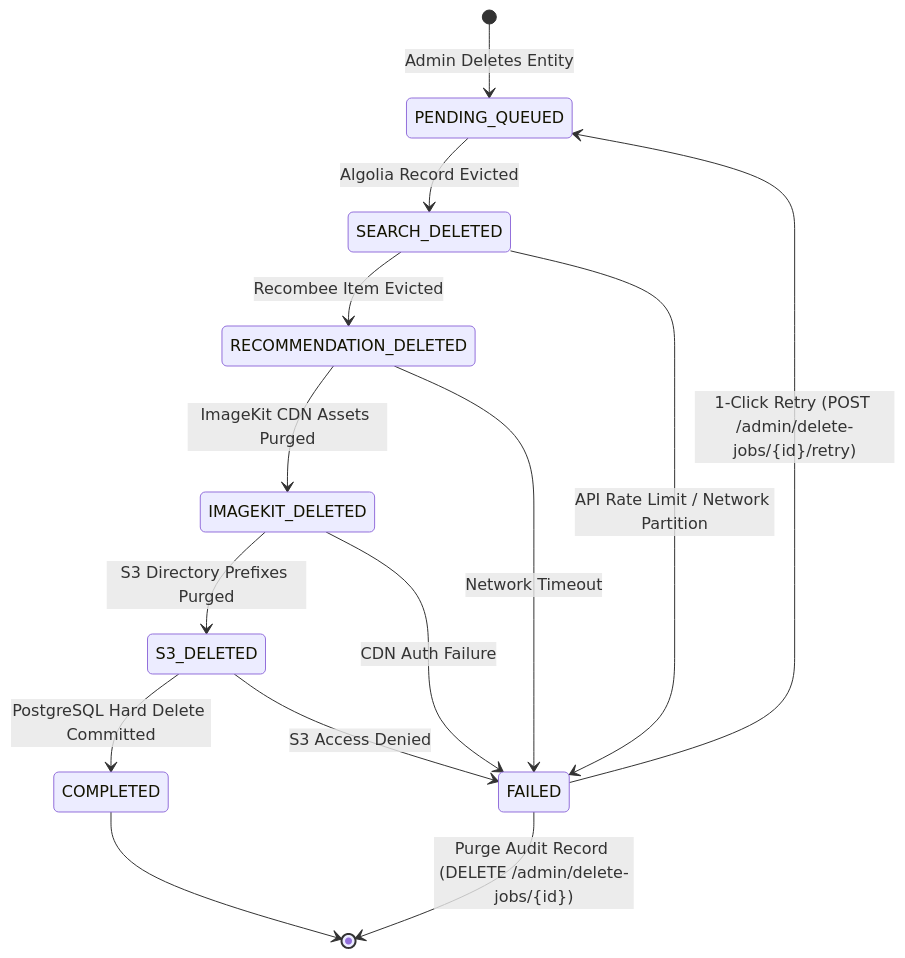
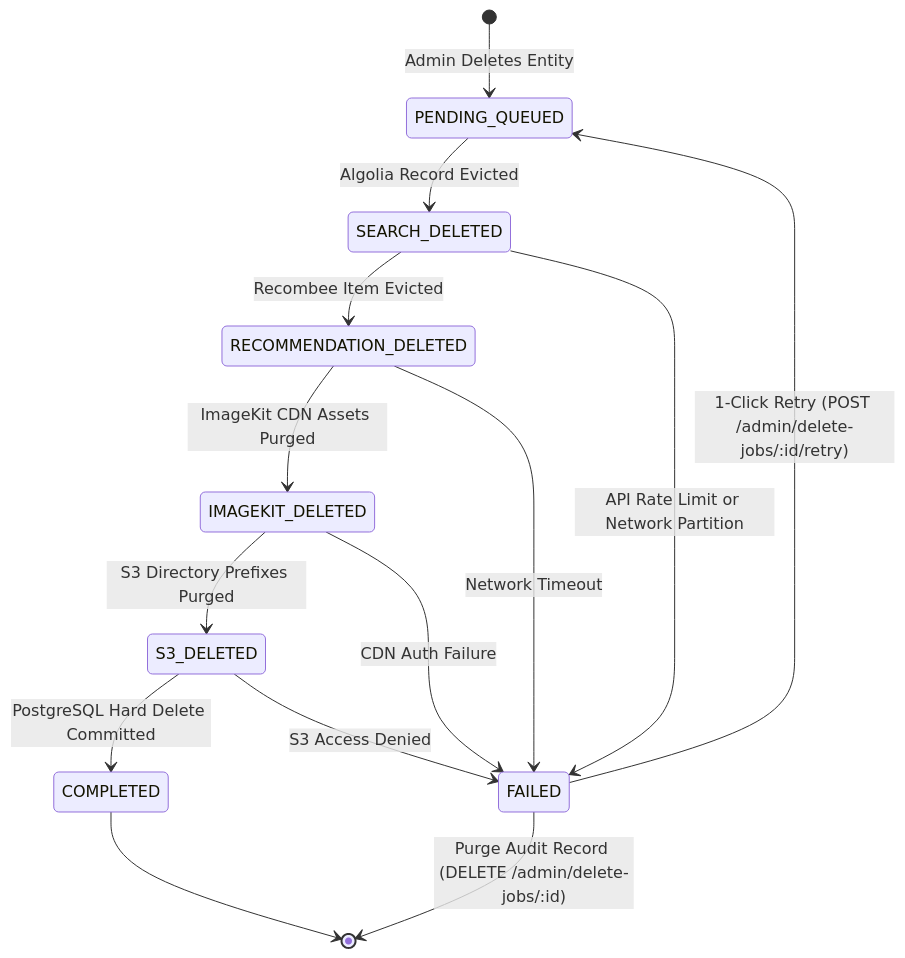
Before and after one commit to karankumar786786/AudioMelodySpringboot: diagram 14 of 15 in README.md, drawn with Mermaid. The commit also changed other lines of this file, not shown here.

Commit message:
docs: fix invalid Mermaid diagram syntax across README.md

````diff
--- a/README.md
+++ b/README.md
@@ -995,18 +995,18 @@
 ```mermaid
 stateDiagram-v2
     [*] --> PENDING_QUEUED: Admin Deletes Entity
     PENDING_QUEUED --> SEARCH_DELETED: Algolia Record Evicted
     SEARCH_DELETED --> RECOMMENDATION_DELETED: Recombee Item Evicted
     RECOMMENDATION_DELETED --> IMAGEKIT_DELETED: ImageKit CDN Assets Purged
     IMAGEKIT_DELETED --> S3_DELETED: S3 Directory Prefixes Purged
     S3_DELETED --> COMPLETED: PostgreSQL Hard Delete Committed
     
-    SEARCH_DELETED --> FAILED: API Rate Limit / Network Partition
+    SEARCH_DELETED --> FAILED: API Rate Limit or Network Partition
     RECOMMENDATION_DELETED --> FAILED: Network Timeout
     IMAGEKIT_DELETED --> FAILED: CDN Auth Failure
     S3_DELETED --> FAILED: S3 Access Denied
     
-    FAILED --> PENDING_QUEUED: 1-Click Retry (POST /admin/delete-jobs/{id}/retry)
-    FAILED --> [*]: Purge Audit Record (DELETE /admin/delete-jobs/{id})
+    FAILED --> PENDING_QUEUED: 1-Click Retry (POST /admin/delete-jobs/:id/retry)
+    FAILED --> [*]: Purge Audit Record (DELETE /admin/delete-jobs/:id)
     COMPLETED --> [*]
 ```
````
